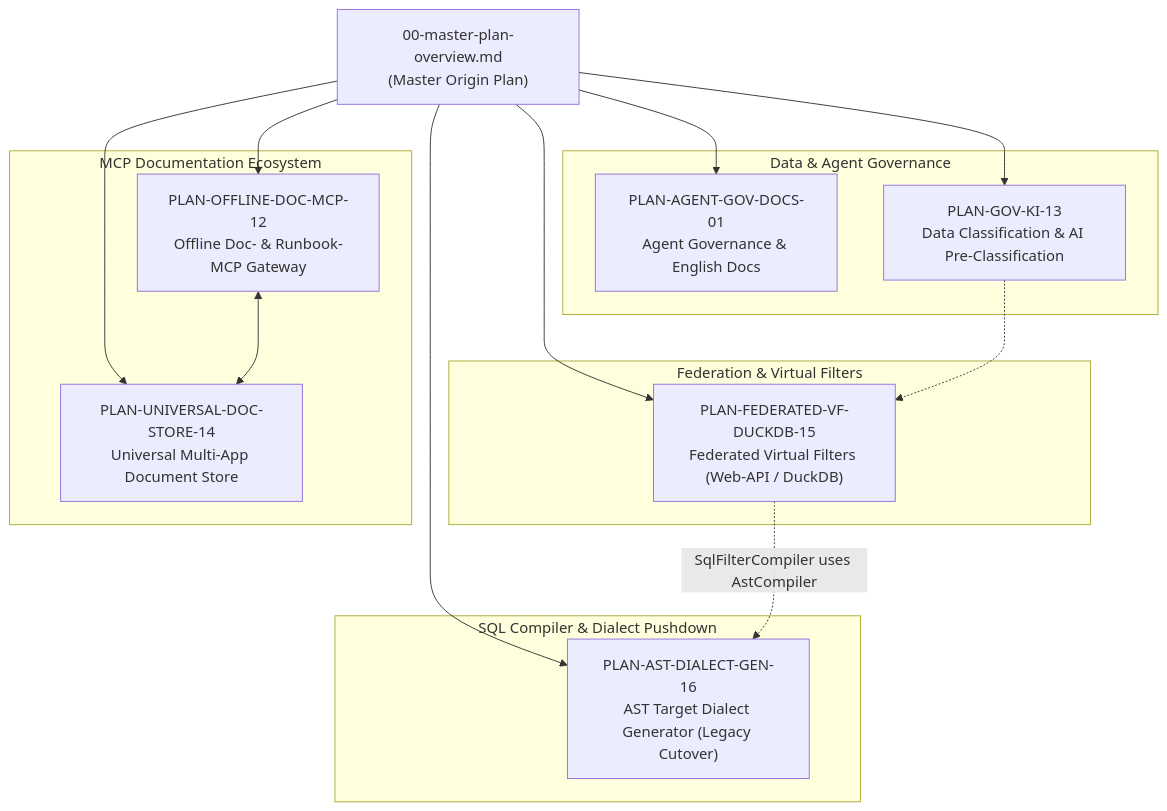
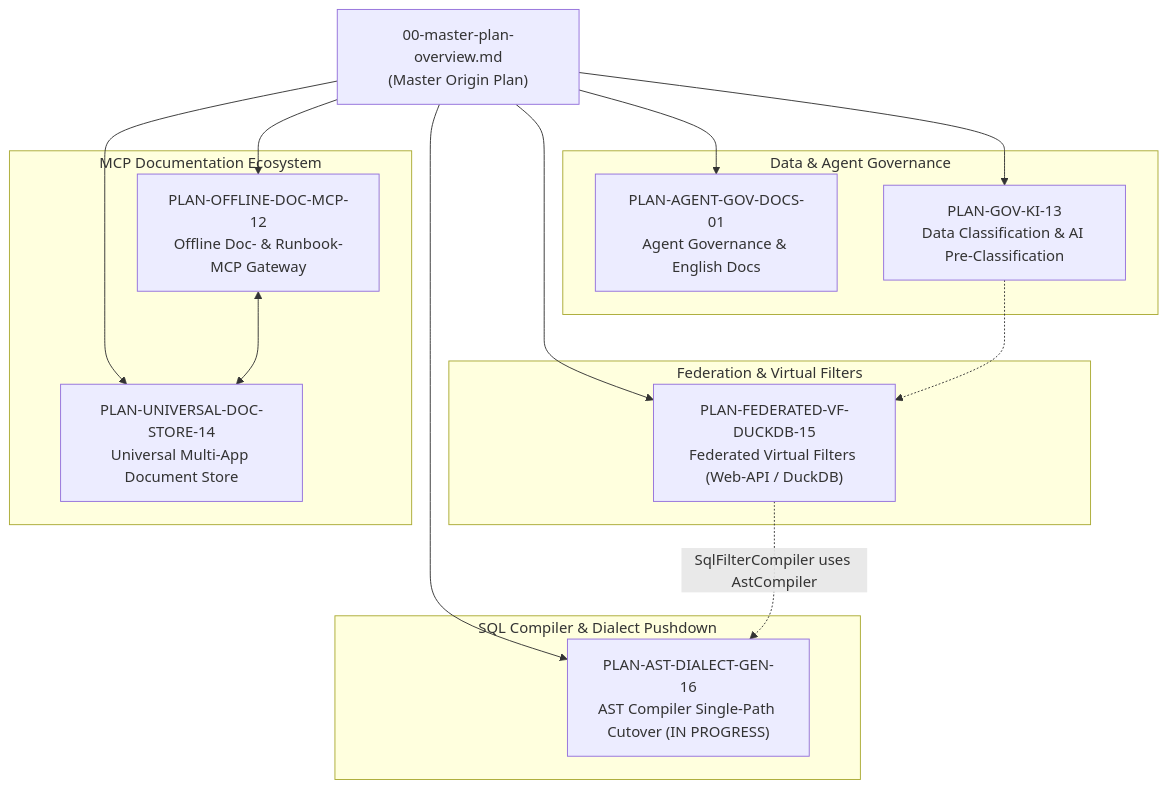
The diagram in docs/plans/00-master-plan-overview.md (themulle/autheris), drawn with Mermaid before and after one commit. The commit also changed other lines of this file and 2 other files, not shown here.

Commit message:
docs(plans): add Phase 2 architecture plan for AST compiler single-path cutover (PLAN-AST-DIALECT-GEN-16)
Add the English implementation plan 2026-10-10-plan-ast-dialect-generator.md,
which supersedes the German 2026-10-06 draft. It reflects the stakeholder
decisions: one AST code path with legacy RlsListener/SqlRewriterEngine/
ShadowDualRun removed in a single revertable cutover commit, every value bound,
typed policy and mask IR replacing TrustedSqlExpression, a dialect capability
table, DML and MERGE in the first cut, Databricks as a production dialect,
Snowflake experimental, a pre-merge CI evidence gate, and the ADR-017
amendment text. Includes a reference section on Trino's JDBC pushdown
generator.

Mark the old plan as superseded and set the master plan track to
IN PROGRESS with next milestone Phase 3 security review.

````diff
--- a/docs/plans/00-master-plan-overview.md
+++ b/docs/plans/00-master-plan-overview.md
@@ -38,33 +38,33 @@
 ```mermaid
 flowchart TD
     MP["00-master-plan-overview.md<br/>(Master Origin Plan)"]
     
     subgraph Governance ["Data & Agent Governance"]
         AG["PLAN-AGENT-GOV-DOCS-01<br/>Agent Governance & English Docs"]
         DK["PLAN-GOV-KI-13<br/>Data Classification & AI Pre-Classification"]
     end
     
     subgraph ExecutionEngine ["Federation & Virtual Filters"]
         VF["PLAN-FEDERATED-VF-DUCKDB-15<br/>Federated Virtual Filters (Web-API / DuckDB)"]
     end
     
     subgraph DocMCP ["MCP Documentation Ecosystem"]
         DM["PLAN-OFFLINE-DOC-MCP-12<br/>Offline Doc- & Runbook-MCP Gateway"]
         UDS["PLAN-UNIVERSAL-DOC-STORE-14<br/>Universal Multi-App Document Store"]
     end
 
     subgraph SqlCompiler ["SQL Compiler & Dialect Pushdown"]
-        ADG["PLAN-AST-DIALECT-GEN-16<br/>AST Target Dialect Generator (Legacy Cutover)"]
+        ADG["PLAN-AST-DIALECT-GEN-16<br/>AST Compiler Single-Path Cutover (IN PROGRESS)"]
     end
 
     MP --> AG
     MP --> DK
     MP --> VF
     MP --> DM
     MP --> UDS
 
     DM <--> UDS
     DK -.-> VF
     MP --> ADG
     VF -.->|"SqlFilterCompiler uses AstCompiler"| ADG
 ```
````
